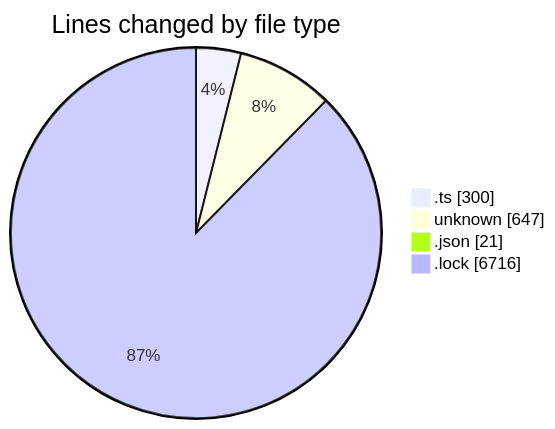
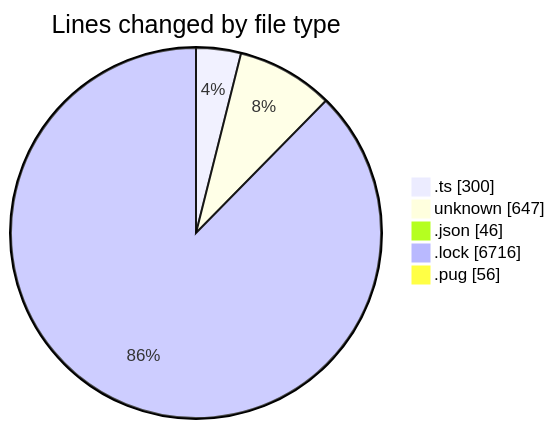
Before and after one commit to momahboobian/code-tracking: the first of 2 diagrams in 2026-05-22/cda/README.md, drawn with Mermaid. The commit also changed other lines of this file and 1 other file, not shown here.

````diff
--- a/2026-05-22/cda/README.md
+++ b/2026-05-22/cda/README.md
@@ -26,8 +28,9 @@
 ```mermaid
 pie showData
 title Lines changed by file type
 ".ts" : 300
 "unknown" : 647
-".json" : 21
+".json" : 46
 ".lock" : 6716
+".pug" : 56
 ```
````
